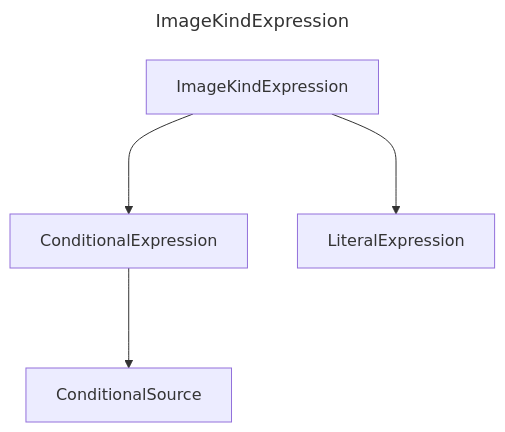
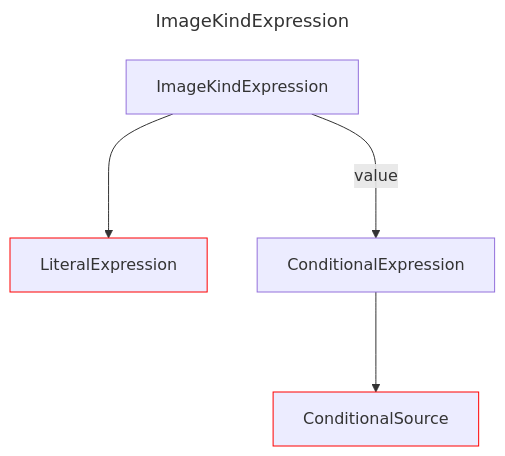
The diagram in docs/docs/layout/erd/ImageKindExpression.md (douglassimonsen/pbi_core), drawn with Mermaid before and after one commit. The commit also changed 77 other files, not shown here.

Commit message:
Updated to color code the layout ERD

````diff
--- a/docs/docs/layout/erd/ImageKindExpression.md
+++ b/docs/docs/layout/erd/ImageKindExpression.md
@@ -1,13 +1,15 @@
 ```mermaid
 ---
 title: ImageKindExpression
 ---
 graph 
-2721641868608["ConditionalExpression"]
-2721641862752["ConditionalSource"]
-2721641835424["LiteralExpression"]
-2721641878368["ImageKindExpression"]
-2721641878368 ---> 2721641835424
-2721641868608 ---> 2721641862752
-2721641878368 ---> 2721641868608
+2430071903648["ConditionalSource"]
+style 2430071903648 stroke:#ff0000,stroke-width:1px
+2430071926096["ImageKindExpression"]
+2430071887056["LiteralExpression"]
+style 2430071887056 stroke:#ff0000,stroke-width:1px
+2430071908528["ConditionalExpression"]
+2430071926096 --->|value| 2430071908528
+2430071926096 ---> 2430071887056
+2430071908528 ---> 2430071903648
 ```
````
